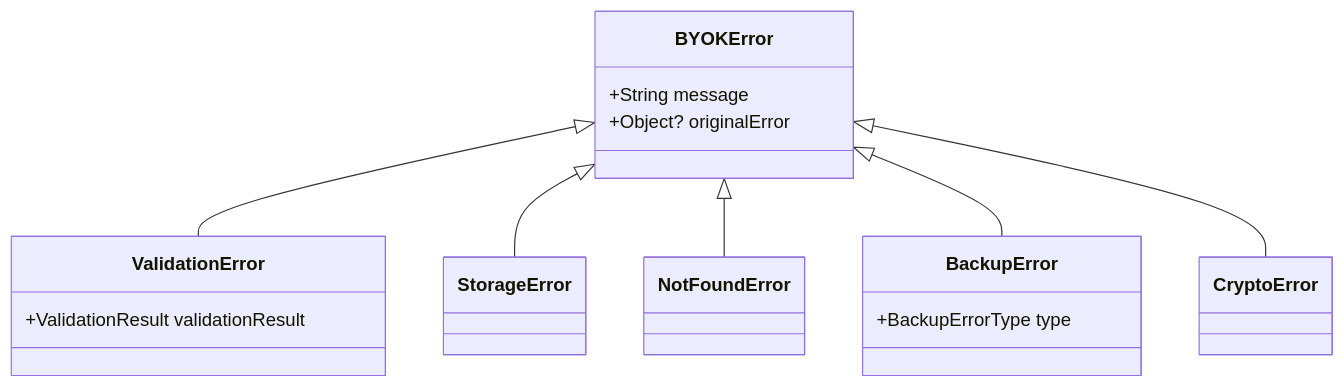
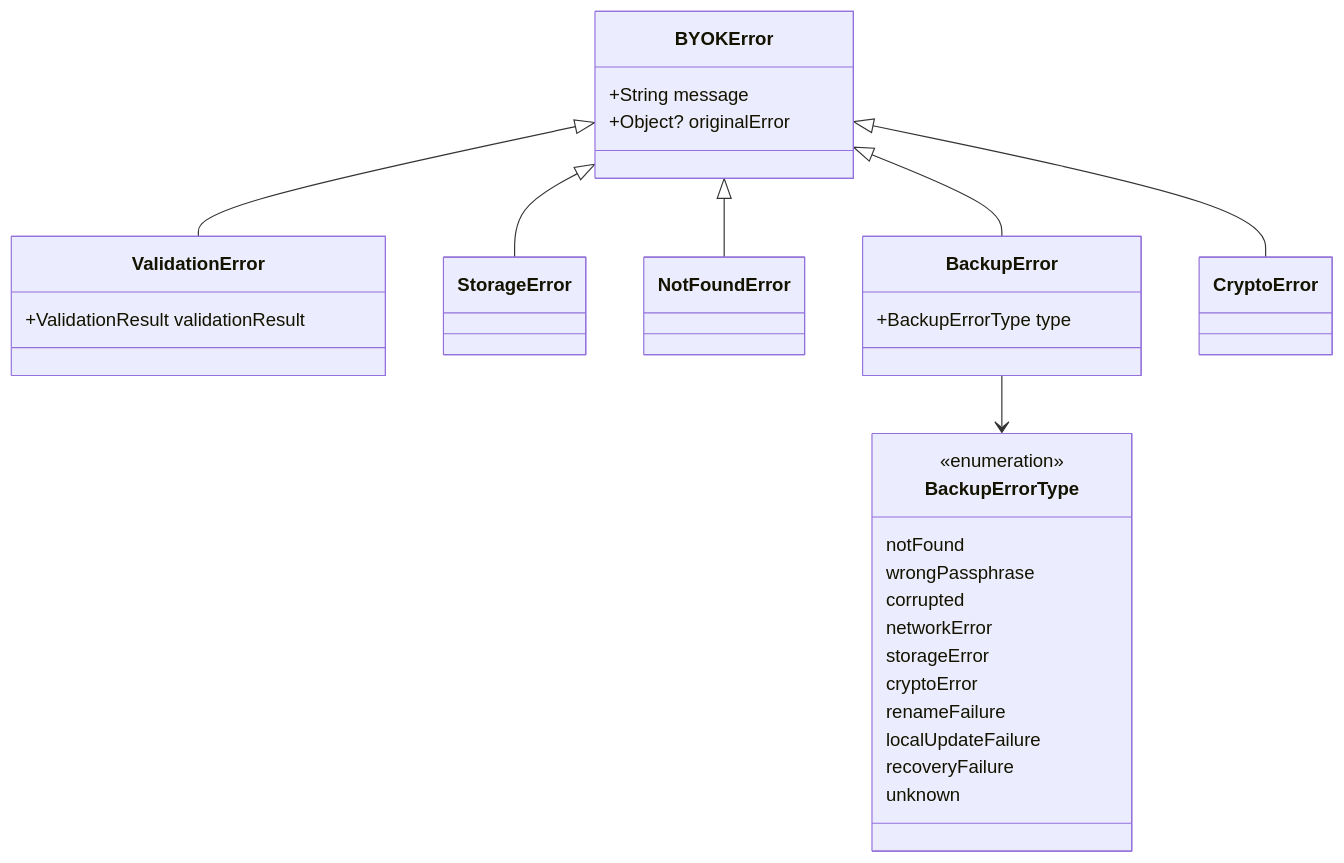
One commit to JAaron93/StyleSync changed the fourth of 8 diagrams in .qoder/repowiki/en/content/Core Services/BYOK Manager/Error Handling Patterns.md. Above: the diagram before and after it, drawn with Mermaid. The commit also changed other lines of this file and 36 other files, not shown here.

````diff
--- a/.qoder/repowiki/en/content/Core Services/BYOK Manager/Error Handling Patterns.md
+++ b/.qoder/repowiki/en/content/Core Services/BYOK Manager/Error Handling Patterns.md
@@ -167,21 +184,35 @@
 ```mermaid
 classDiagram
 class BYOKError {
 +String message
 +Object? originalError
 }
 class ValidationError {
 +ValidationResult validationResult
 }
 class StorageError
 class NotFoundError
 class BackupError {
 +BackupErrorType type
 }
 class CryptoError
+class BackupErrorType {
+<<enumeration>>
+notFound
+wrongPassphrase
+corrupted
+networkError
+storageError
+cryptoError
+renameFailure
+localUpdateFailure
+recoveryFailure
+unknown
+}
 BYOKError <|-- ValidationError
 BYOKError <|-- StorageError
 BYOKError <|-- NotFoundError
 BYOKError <|-- BackupError
 BYOKError <|-- CryptoError
+BackupError --> BackupErrorType
 ```
````
